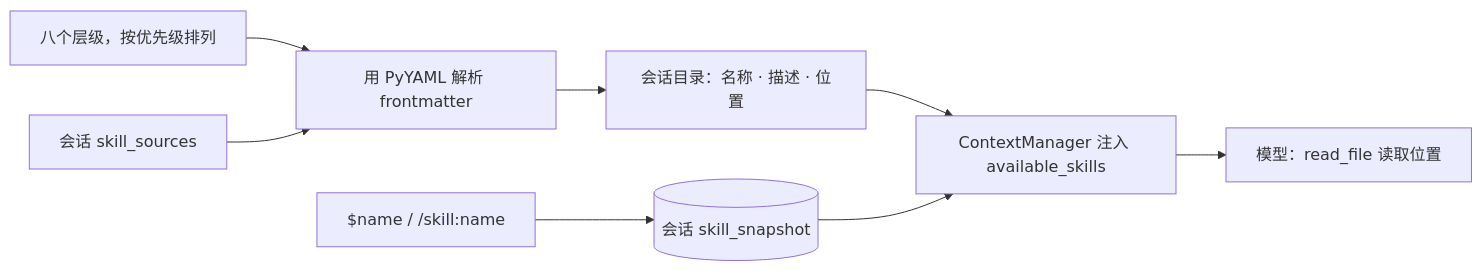
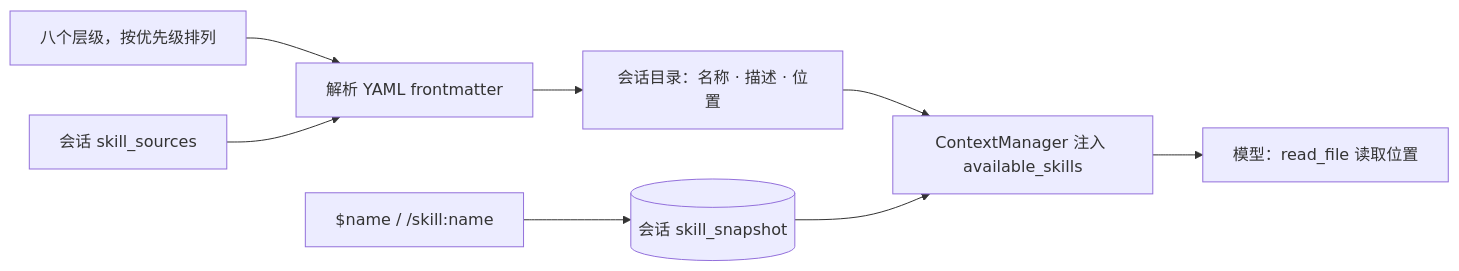
One commit to Azzurroooo/rind changed the diagram in docs/internals/02-context/skills.zh-CN.md. Above: the diagram before and after it, drawn with Mermaid. The commit also changed other lines of this file and 169 other files, not shown here.

```diff
--- a/docs/internals/02-context/skills.zh-CN.md
+++ b/docs/internals/02-context/skills.zh-CN.md
@@ -7,10 +7,10 @@
 ~~~mermaid
 flowchart LR
-    LAYERS["八个层级，按优先级排列"] --> SCAN["用 PyYAML 解析 frontmatter"]
+    LAYERS["八个层级，按优先级排列"] --> SCAN["解析 YAML frontmatter"]
     IMPORTS["会话 skill_sources"] --> SCAN
     SCAN --> INDEX["会话目录：名称 · 描述 · 位置"]
     INDEX --> CM["ContextManager 注入 available_skills"]
     CM --> READ["模型：read_file 读取位置"]
     CALL["$name / /skill:name"] --> SNAP[("会话 skill_snapshot")]
     SNAP --> CM
 ~~~
```
